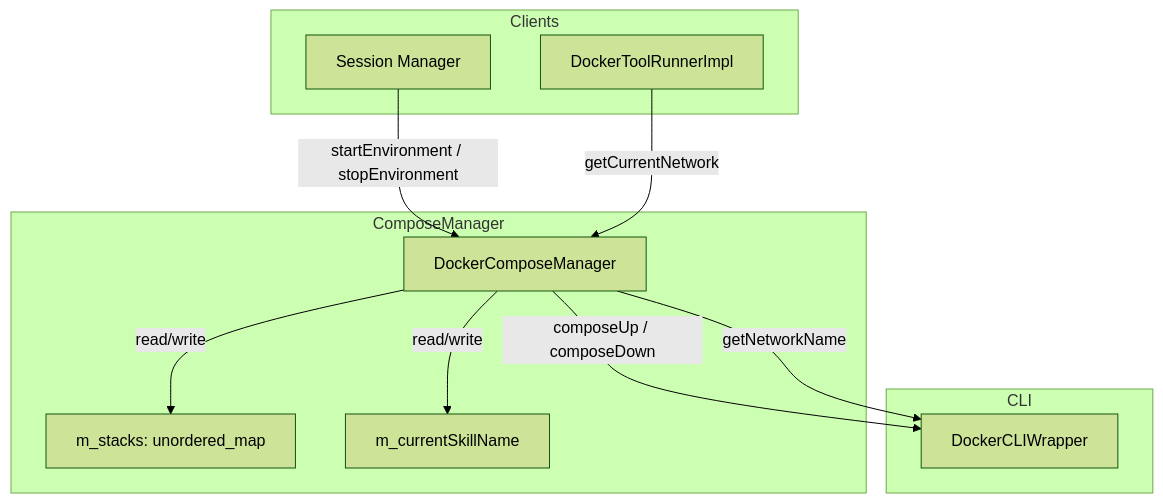
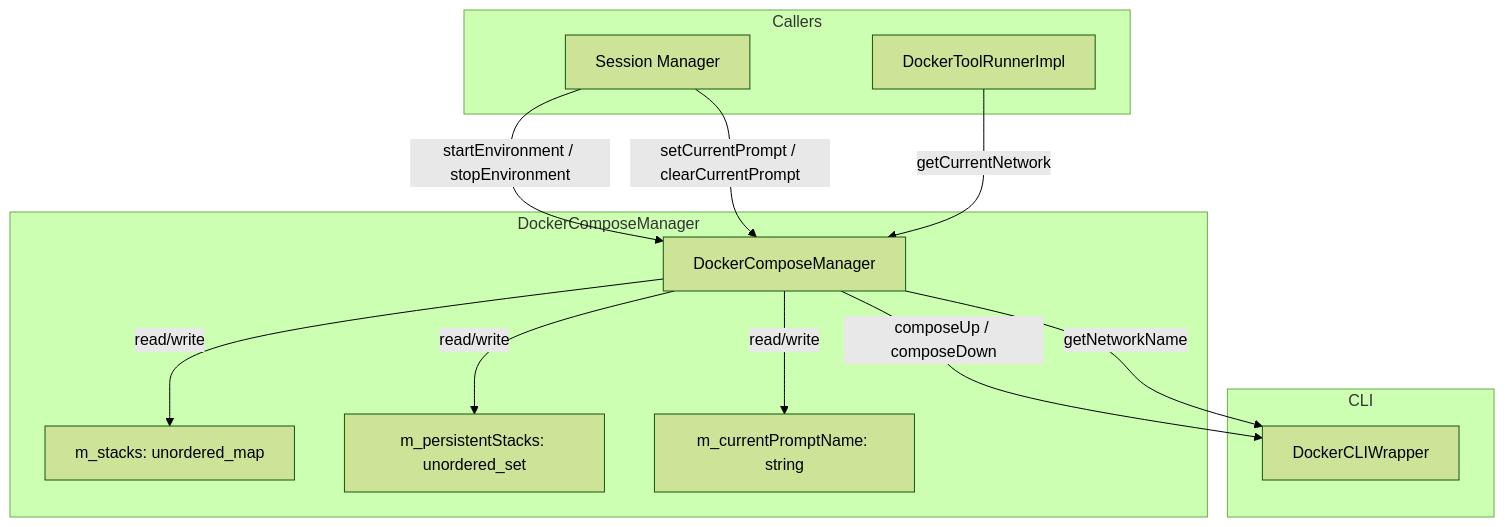
The first of 3 diagrams in src/docker/compose_manager.spec.md (opensassi/a0), drawn with Mermaid (forest theme) before and after one commit. The commit also changed other lines of this file and 165 other files, not shown here.

````diff
--- a/src/docker/compose_manager.spec.md
+++ b/src/docker/compose_manager.spec.md
@@ -107,24 +105,27 @@
 ```mermaid
 graph TB
-    subgraph Clients
+    subgraph Callers
         Session[Session Manager]
         ToolRunner[DockerToolRunnerImpl]
     end
 
-    subgraph ComposeManager
+    subgraph DockerComposeManager
         DCM[DockerComposeManager]
-        StackMap[m_stacks: unordered_map]
-        CurrentSkill[m_currentSkillName]
+        Stacks[m_stacks: unordered_map]
+        Persistent[m_persistentStacks: unordered_set]
+        Current[m_currentPromptName: string]
     end
 
     subgraph CLI
         DCW[DockerCLIWrapper]
     end
 
     Session -->|startEnvironment / stopEnvironment| DCM
+    Session -->|setCurrentPrompt / clearCurrentPrompt| DCM
     ToolRunner -->|getCurrentNetwork| DCM
     DCM -->|composeUp / composeDown| DCW
     DCM -->|getNetworkName| DCW
-    DCM -->|read/write| StackMap
-    DCM -->|read/write| CurrentSkill
+    DCM -->|read/write| Stacks
+    DCM -->|read/write| Persistent
+    DCM -->|read/write| Current
 ```
````
